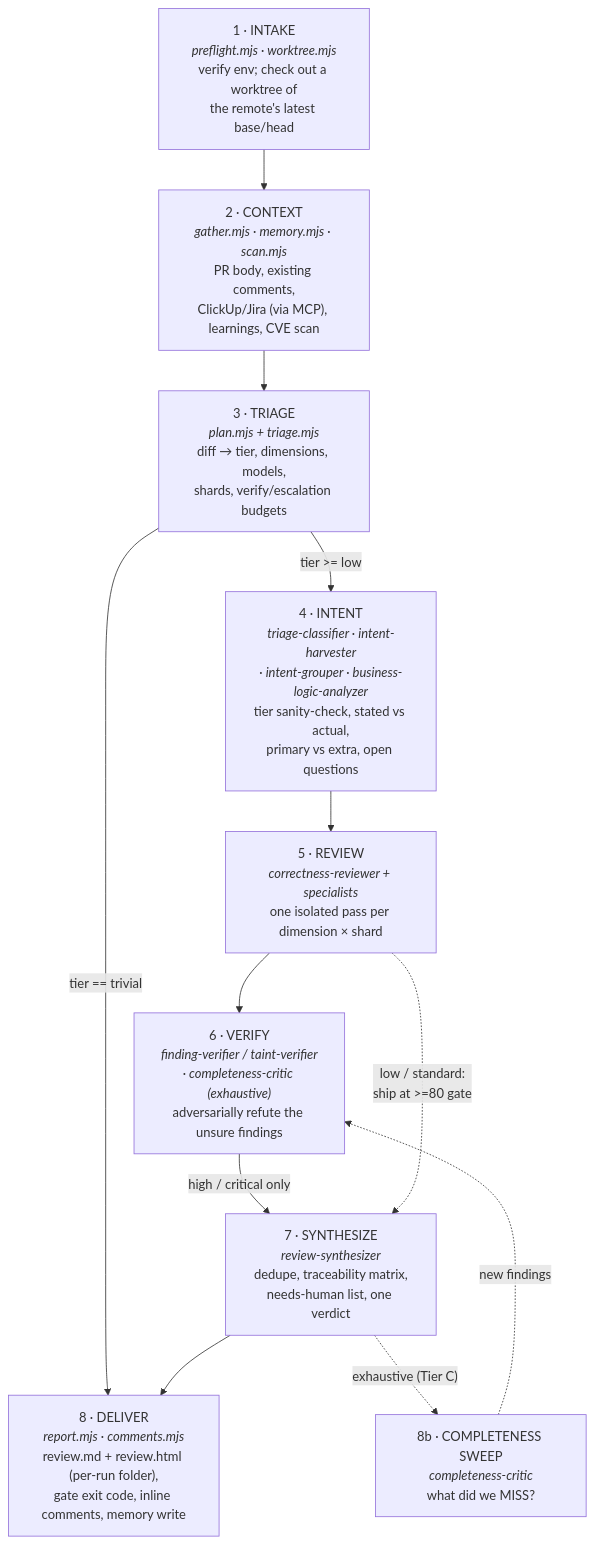
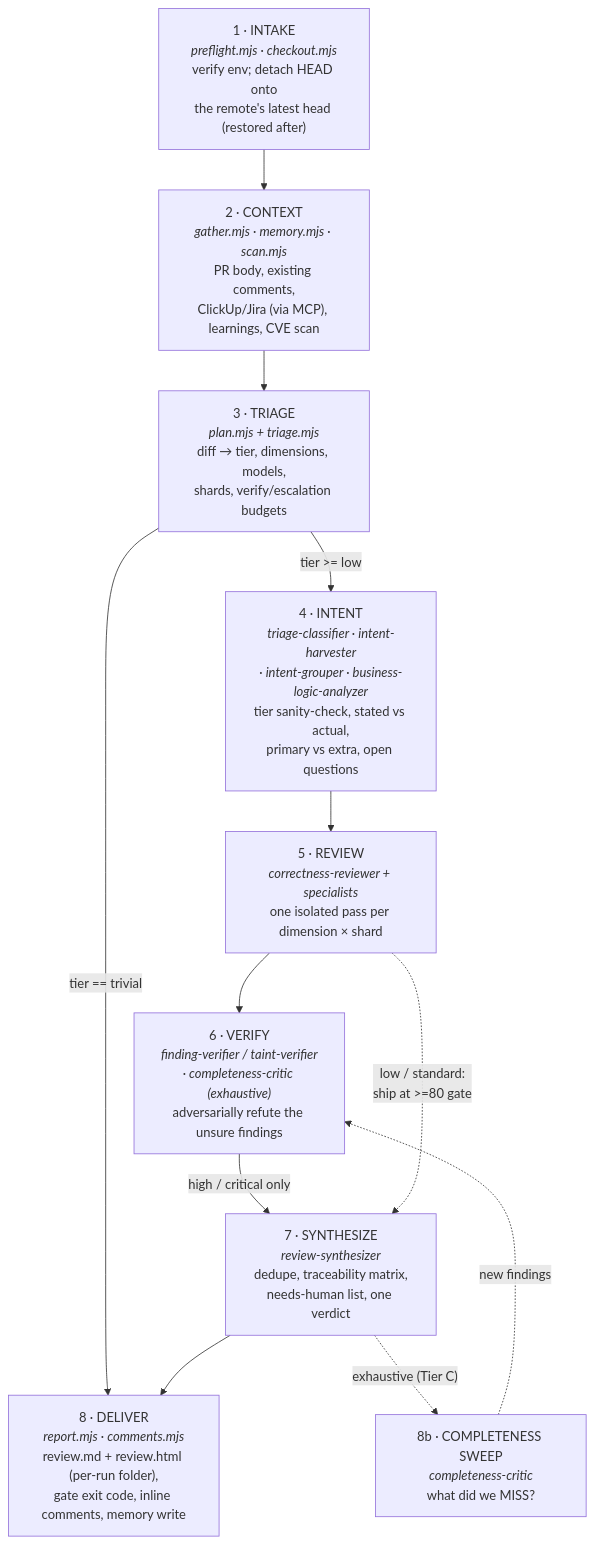
One commit to Tahmid12Khan/agentic-workflows changed the second of 8 diagrams in docs/ARCHITECTURE.md. Above: the diagram before and after it, drawn with Mermaid. The commit also changed other lines of this file and 19 other files, not shown here.

````diff
--- a/docs/ARCHITECTURE.md
+++ b/docs/ARCHITECTURE.md
@@ -61,20 +61,20 @@
 ```mermaid
 flowchart TD
-  A["1 · INTAKE<br/><i>preflight.mjs · worktree.mjs</i><br/>verify env; check out a worktree of<br/>the remote's latest base/head"]
+  A["1 · INTAKE<br/><i>preflight.mjs · checkout.mjs</i><br/>verify env; detach HEAD onto<br/>the remote's latest head (restored after)"]
   B["2 · CONTEXT<br/><i>gather.mjs · memory.mjs · scan.mjs</i><br/>PR body, existing comments,<br/>ClickUp/Jira (via MCP), learnings, CVE scan"]
   C["3 · TRIAGE<br/><i>plan.mjs + triage.mjs</i><br/>diff → tier, dimensions, models,<br/>shards, verify/escalation budgets"]
   D["4 · INTENT<br/><i>triage-classifier · intent-harvester<br/>· intent-grouper · business-logic-analyzer</i><br/>tier sanity-check, stated vs actual,<br/>primary vs extra, open questions"]
   E["5 · REVIEW<br/><i>correctness-reviewer + specialists</i><br/>one isolated pass per dimension × shard"]
   F["6 · VERIFY<br/><i>finding-verifier / taint-verifier<br/>· completeness-critic (exhaustive)</i><br/>adversarially refute the unsure findings"]
   G["7 · SYNTHESIZE<br/><i>review-synthesizer</i><br/>dedupe, traceability matrix,<br/>needs-human list, one verdict"]
   H["8 · DELIVER<br/><i>report.mjs · comments.mjs</i><br/>review.md + review.html (per-run folder),<br/>gate exit code, inline comments, memory write"]
 
   A --> B --> C
   C -->|"tier == trivial"| H
   C -->|"tier >= low"| D --> E --> F
   F -->|"high / critical only"| G
   E -.->|"low / standard:<br/>ship at >=80 gate"| G
   G --> H
   G -.->|"exhaustive (Tier C)"| X["8b · COMPLETENESS SWEEP<br/><i>completeness-critic</i><br/>what did we MISS?"]
   X -.->|new findings| F
 ```
````
